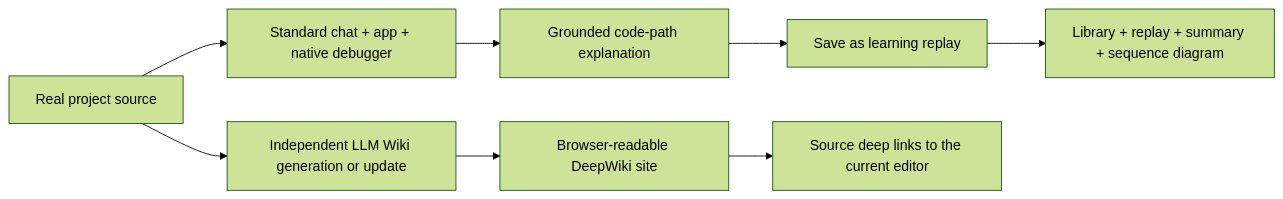
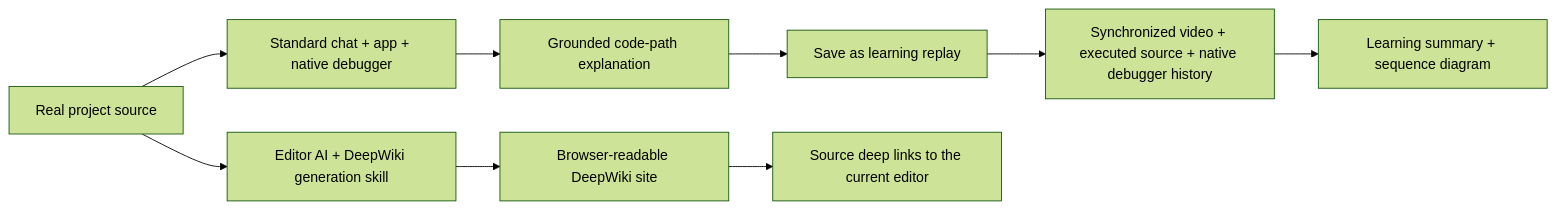
One commit to laststance/codebook changed the diagram in PRODUCT_GOAL.md. Above: the diagram before and after it, drawn with Mermaid (forest theme). The commit also changed other lines of this file and 20 other files, not shown here.

Commit message:
docs: specify replay and DeepWiki generation skill

````diff
--- a/PRODUCT_GOAL.md
+++ b/PRODUCT_GOAL.md
@@ -20,10 +20,11 @@
 ```mermaid
 flowchart LR
   Repo[Real project source] --> Live[Standard chat + app + native debugger]
   Live --> Explain[Grounded code-path explanation]
   Explain --> Save[Save as learning replay]
-  Save --> Replay[Library + replay + summary + sequence diagram]
-  Repo --> Wiki[Independent LLM Wiki generation or update]
+  Save --> Replay[Synchronized video + executed source + native debugger history]
+  Replay --> Summary[Learning summary + sequence diagram]
+  Repo --> Wiki[Editor AI + DeepWiki generation skill]
   Wiki --> Site[Browser-readable DeepWiki site]
   Site --> Links[Source deep links to the current editor]
 ```
````
